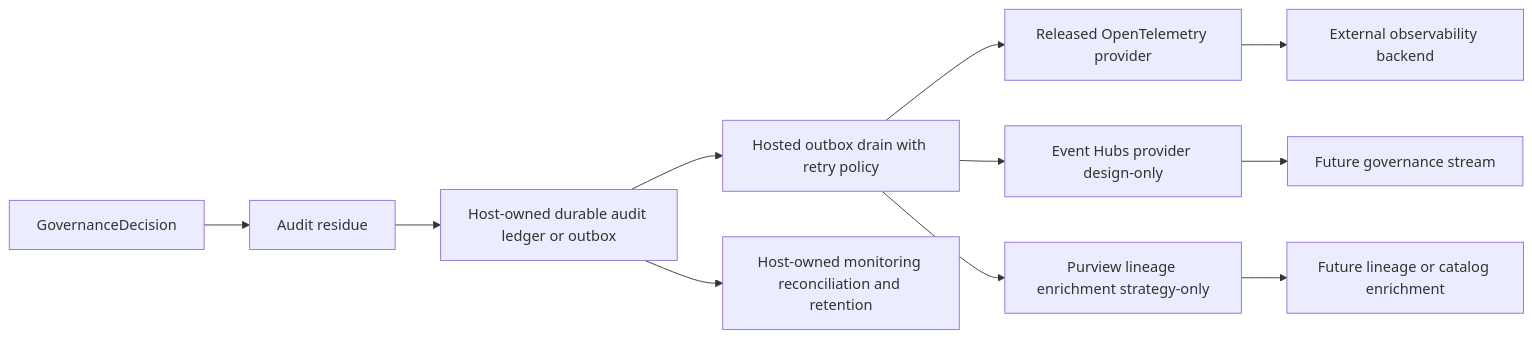
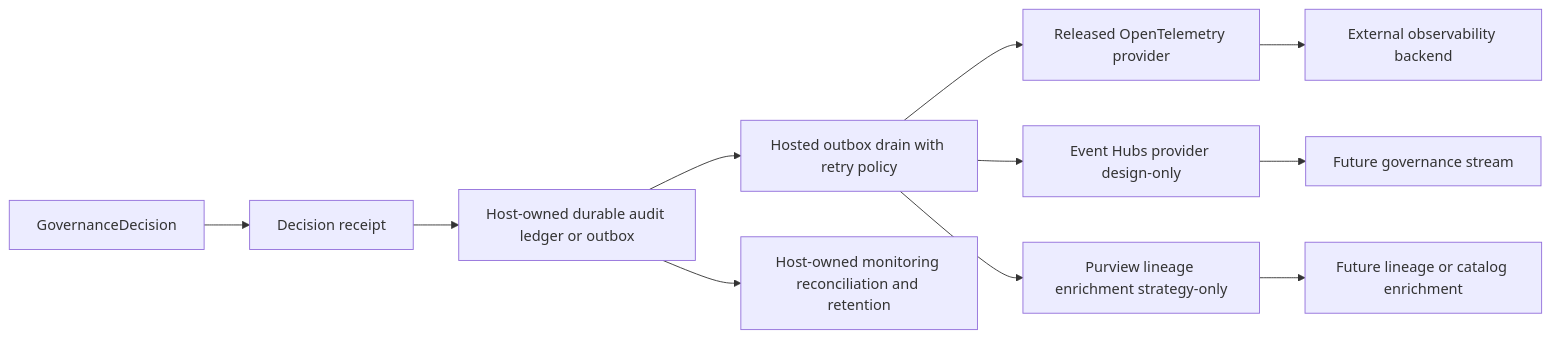
Before and after one commit to AsiBackbone/AsiBackbone: the fifth of 5 diagrams in docs/articles/core-governance-flow-diagrams.md, drawn with Mermaid. The commit also changed other lines of this file and 565 other files, not shown here.

````diff
--- a/docs/articles/core-governance-flow-diagrams.md
+++ b/docs/articles/core-governance-flow-diagrams.md
@@ -102,14 +102,14 @@
 ```mermaid
 flowchart LR
-    Decision["GovernanceDecision"] --> Residue["Audit residue"]
+    Decision["GovernanceDecision"] --> Residue["Decision receipt"]
     Residue --> LocalDurable["Host-owned durable audit ledger or outbox"]
     LocalDurable --> Drain["Hosted outbox drain with retry policy"]
     Drain --> OTel["Released OpenTelemetry provider"]
     Drain --> EventHubs["Event Hubs provider design-only"]
     Drain --> Purview["Purview lineage enrichment strategy-only"]
 
     OTel --> Observability["External observability backend"]
     EventHubs --> GovernanceStream["Future governance stream"]
     Purview --> Catalog["Future lineage or catalog enrichment"]
     LocalDurable --> Operations["Host-owned monitoring reconciliation and retention"]
 ```
````
